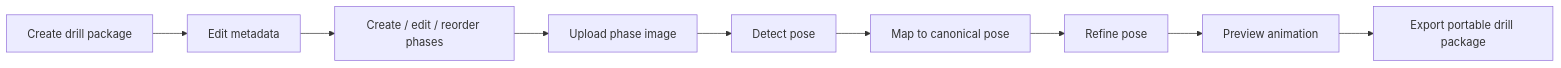
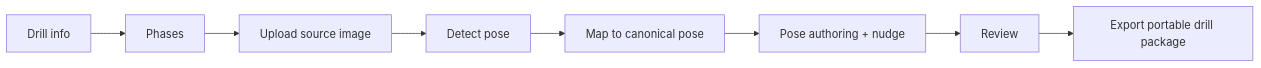
One commit to Voycepeh/CaliVision-Studio changed the second of 5 diagrams in README.md. Above: the diagram before and after it, drawn with Mermaid. The commit also changed other lines of this file and 7 other files, not shown here.

Commit message:
refactor(studio): implement flow-first drill authoring workspace

````diff
--- a/README.md
+++ b/README.md
@@ -62,11 +61,10 @@
 ```mermaid
 flowchart LR
-    A[Create drill package] --> B[Edit metadata]
-    B --> C[Create / edit / reorder phases]
-    C --> D[Upload phase image]
-    D --> E[Detect pose]
-    E --> F[Map to canonical pose]
-    F --> G[Refine pose]
-    G --> H[Preview animation]
-    H --> I[Export portable drill package]
+    A[Drill info] --> B[Phases]
+    B --> C[Upload source image]
+    C --> D[Detect pose]
+    D --> E[Map to canonical pose]
+    E --> F[Pose authoring + nudge]
+    F --> G[Review]
+    G --> H[Export portable drill package]
 ```
````
